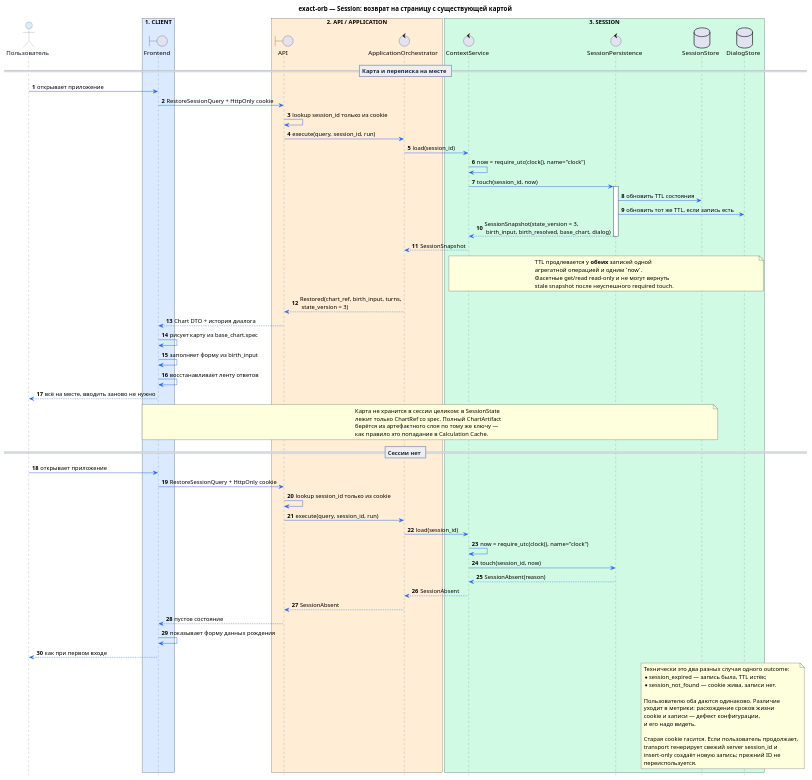
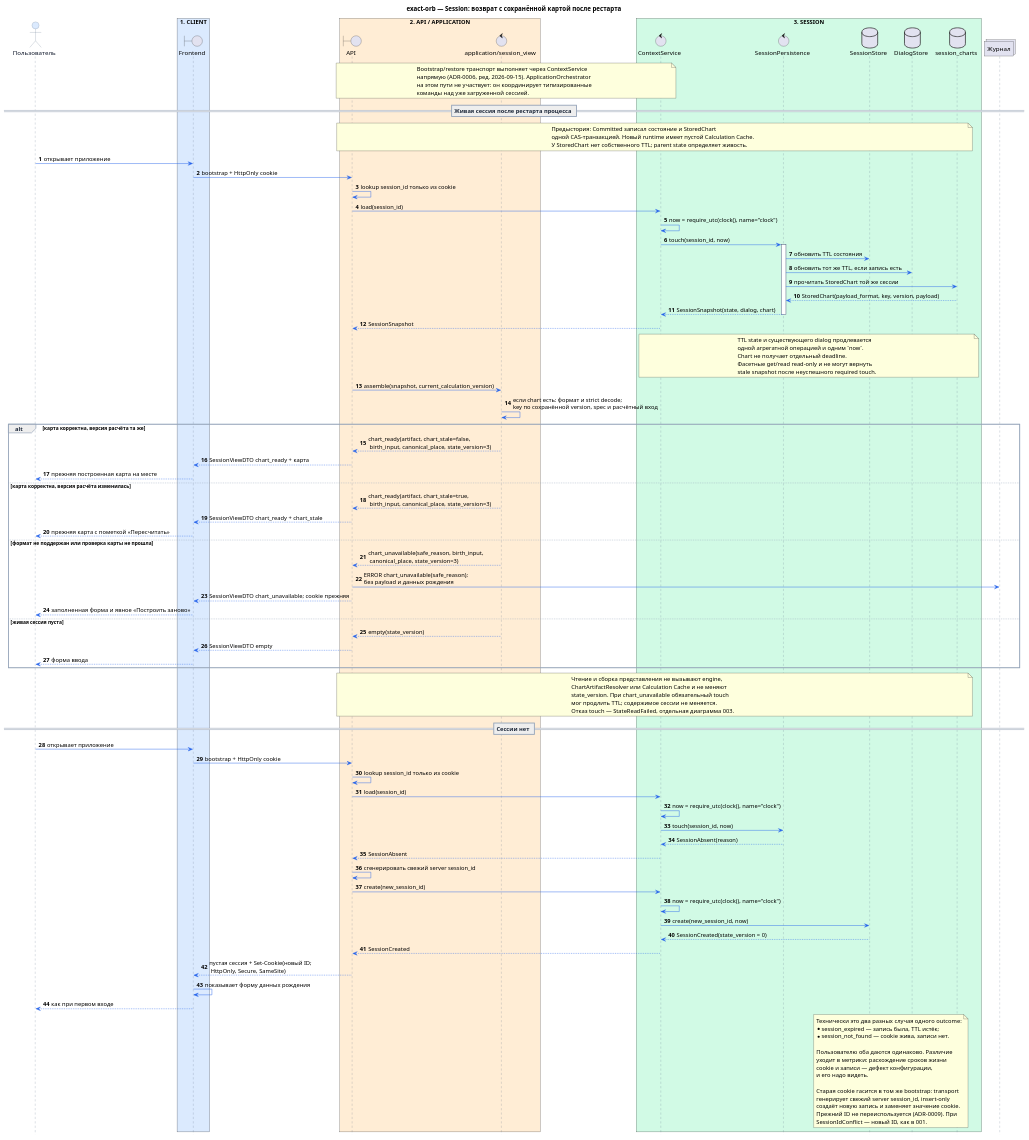
The diagram in docs/sequence_diagrams/session/002-session-restore-on-return.puml (ksenia-baranova/exact-orb-demo), drawn with PlantUML before and after one commit. The commit also changed 29 other files, not shown here.

Commit message:
docs: update architecture diagrams, overview, and scenarios

```diff
--- a/docs/sequence_diagrams/session/002-session-restore-on-return.puml
+++ b/docs/sequence_diagrams/session/002-session-restore-on-return.puml
@@ -1,131 +1,169 @@
 @startuml
-title exact-orb — Session: возврат на страницу с существующей картой
+title exact-orb — Session: возврат с сохранённой картой после рестарта
 
-' После первого дня это основной вход в приложение: cookie жива,
-' карта и переписка уже есть. Ветка отсутствует в 001, которая
-' начинается с пустого состояния.
+' После подтверждённого build процесс мог перезапуститься:
+' SQLite-сессия жива, Calculation Cache нового процесса пуст.
+' Bootstrap остаётся целевым HTTP-шагом M1-6; session_view — первая ветка.
 
 autonumber
 hide footbox
 
 skinparam shadowing false
 skinparam responseMessageBelowArrow true
 
 skinparam sequence {
     ArrowColor #2563EB
     LifeLineBorderColor #64748B
     LifeLineBackgroundColor #FFFFFF
 
     ParticipantBorderColor #64748B
     ParticipantFontColor #0F172A
     ParticipantBackgroundColor #F8FAFC
 
     ActorBorderColor #64748B
     ActorFontColor #0F172A
     ActorBackgroundColor #DBEAFE
 
     GroupBorderColor #94A3B8
     GroupHeaderFontColor #1E293B
 
     DividerBorderColor #94A3B8
     DividerFontColor #1E293B
 
     NoteBorderColor #94A3B8
     NoteBackgroundColor #FFFBEA
     NoteFontColor #334155
 }
 
 actor "Пользователь" as User
 
 box "1. CLIENT" #DBEAFE
     boundary "Frontend" as FE
 end box
 
 box "2. API / APPLICATION" #FFEDD5
     boundary "API" as API
-    control "ApplicationOrchestrator" as Orch
+    control "application/session_view" as View
 end box
 
 box "3. SESSION" #D1FAE5
     control "ContextService" as Context
     control "SessionPersistence" as Persistence
     database "SessionStore" as Store
     database "DialogStore" as Dialog
+    database "session_charts" as Charts
 end box
 
+collections "Журнал" as Log
 
-== Карта и переписка на месте ==
+note over API, Context
+Bootstrap/restore транспорт выполняет через ContextService
+напрямую (ADR-0006, ред. 2026-09-15). ApplicationOrchestrator
+на этом пути не участвует: он координирует типизированные
+команды над уже загруженной сессией.
+end note
+
+
+== Живая сессия после рестарта процесса ==
+
+note over API, Charts
+Предыстория: Committed записал состояние и StoredChart
+одной CAS-транзакцией. Новый runtime имеет пустой Calculation Cache.
+У StoredChart нет собственного TTL; parent state определяет живость.
+end note
 
 User -> FE : открывает приложение
-FE -> API : RestoreSessionQuery + HttpOnly cookie
+FE -> API : bootstrap + HttpOnly cookie
 API -> API : lookup session_id только из cookie
-API -> Orch : execute(query, session_id, run)
 
-Orch -> Context : load(session_id)
+API -> Context : load(session_id)
 Context -> Context : now = require_utc(clock(), name="clock")
 Context -> Persistence : touch(session_id, now)
 activate Persistence
 Persistence -> Store : обновить TTL состояния
 Persistence -> Dialog : обновить тот же TTL, если запись есть
-Persistence --> Context : SessionSnapshot(state_version = 3,\n birth_input, birth_resolved, base_chart, dialog)
+Persistence -> Charts : прочитать StoredChart той же сессии
+Charts --> Persistence : StoredChart(payload_format, key, version, payload)
+Persistence --> Context : SessionSnapshot(state, dialog, chart)
 deactivate Persistence
-Context --> Orch : SessionSnapshot
+Context --> API : SessionSnapshot
 
-note over Context, Dialog
-TTL продлевается у **обеих** записей одной
-агрегатной операцией и одним `now`.
+note over Context, Charts
+TTL state и существующего dialog продлевается
+одной агрегатной операцией и одним `now`.
+Chart не получает отдельный deadline.
 Фасетные get/read read-only и не могут вернуть
 stale snapshot после неуспешного required touch.
 end note
 
-Orch --> API : Restored(chart_ref, birth_input, turns,\n state_version = 3)
-API --> FE : Chart DTO + история диалога
+API -> View : assemble(snapshot, current_calculation_version)
+View -> View : если chart есть: формат и strict decode;\nkey по сохранённой version, spec и расчётный вход
 
-FE -> FE : рисует карту из base_chart.spec
-FE -> FE : заполняет форму из birth_input
-FE -> FE : восстанавливает ленту ответов
-FE --> User : всё на месте, вводить заново не нужно
+alt карта корректна, версия расчёта та же
+    View --> API : chart_ready(artifact, chart_stale=false,\n birth_input, canonical_place, state_version=3)
+    API --> FE : SessionViewDTO chart_ready + карта
+    FE --> User : прежняя построенная карта на месте
+else карта корректна, версия расчёта изменилась
+    View --> API : chart_ready(artifact, chart_stale=true,\n birth_input, canonical_place, state_version=3)
+    API --> FE : SessionViewDTO chart_ready + chart_stale
+    FE --> User : прежняя карта с пометкой «Пересчитать»
+else формат не поддержан или проверка карты не прошла
+    View --> API : chart_unavailable(safe_reason, birth_input,\n canonical_place, state_version=3)
+    API -> Log : ERROR chart_unavailable(safe_reason);\nбез payload и данных рождения
+    API --> FE : SessionViewDTO chart_unavailable; cookie прежняя
+    FE --> User : заполненная форма и явное «Построить заново»
+else живая сессия пуста
+    View --> API : empty(state_version)
+    API --> FE : SessionViewDTO empty
+    FE --> User : форма ввода
+end
 
-note over FE, Store
-Карта не хранится в сессии целиком: в SessionState
-лежит только ChartRef со spec. Полный ChartArtifact
-берётся из артефактного слоя по тому же ключу —
-как правило это попадание в Calculation Cache.
+note over API, Charts
+Чтение и сборка представления не вызывают engine,
+ChartArtifactResolver или Calculation Cache и не меняют
+state_version. При chart_unavailable обязательный touch
+мог продлить TTL; содержимое сессии не меняется.
+Отказ touch — StateReadFailed, отдельная диаграмма 003.
 end note
 
 
 == Сессии нет ==
 
 User -> FE : открывает приложение
-FE -> API : RestoreSessionQuery + HttpOnly cookie
+FE -> API : bootstrap + HttpOnly cookie
 API -> API : lookup session_id только из cookie
-API -> Orch : execute(query, session_id, run)
 
-Orch -> Context : load(session_id)
+API -> Context : load(session_id)
 Context -> Context : now = require_utc(clock(), name="clock")
 Context -> Persistence : touch(session_id, now)
 Persistence --> Context : SessionAbsent(reason)
-Context --> Orch : SessionAbsent
+Context --> API : SessionAbsent
 
-Orch --> API : SessionAbsent
-API --> FE : пустое состояние
+API -> API : сгенерировать свежий server session_id
+API -> Context : create(new_session_id)
+Context -> Context : now = require_utc(clock(), name="clock")
+Context -> Store : create(new_session_id, now)
+Store --> Context : SessionCreated(state_version = 0)
+Context --> API : SessionCreated
+API --> FE : пустая сессия + Set-Cookie(новый ID;\n HttpOnly, Secure, SameSite)
 FE -> FE : показывает форму данных рождения
 FE --> User : как при первом входе
 
 note over Store, Dialog
 Технически это два разных случая одного outcome:
 * session_expired — запись была, TTL истёк;
 * session_not_found — cookie жива, записи нет.
 
 Пользователю оба даются одинаково. Различие
 уходит в метрики: расхождение сроков жизни
 cookie и записи — дефект конфигурации,
 и его надо видеть.
 
-Старая cookie гасится. Если пользователь продолжает,
-transport генерирует свежий server session_id и
-insert-only создаёт новую запись; прежний ID не
-переиспользуется.
+Старая cookie гасится в том же bootstrap: transport
+генерирует свежий server session_id, insert-only
+создаёт новую запись и заменяет значение cookie.
+Прежний ID не переиспользуется (ADR-0009). При
+SessionIdConflict — новый ID, как в 001.
 end note
 
 @enduml
```
